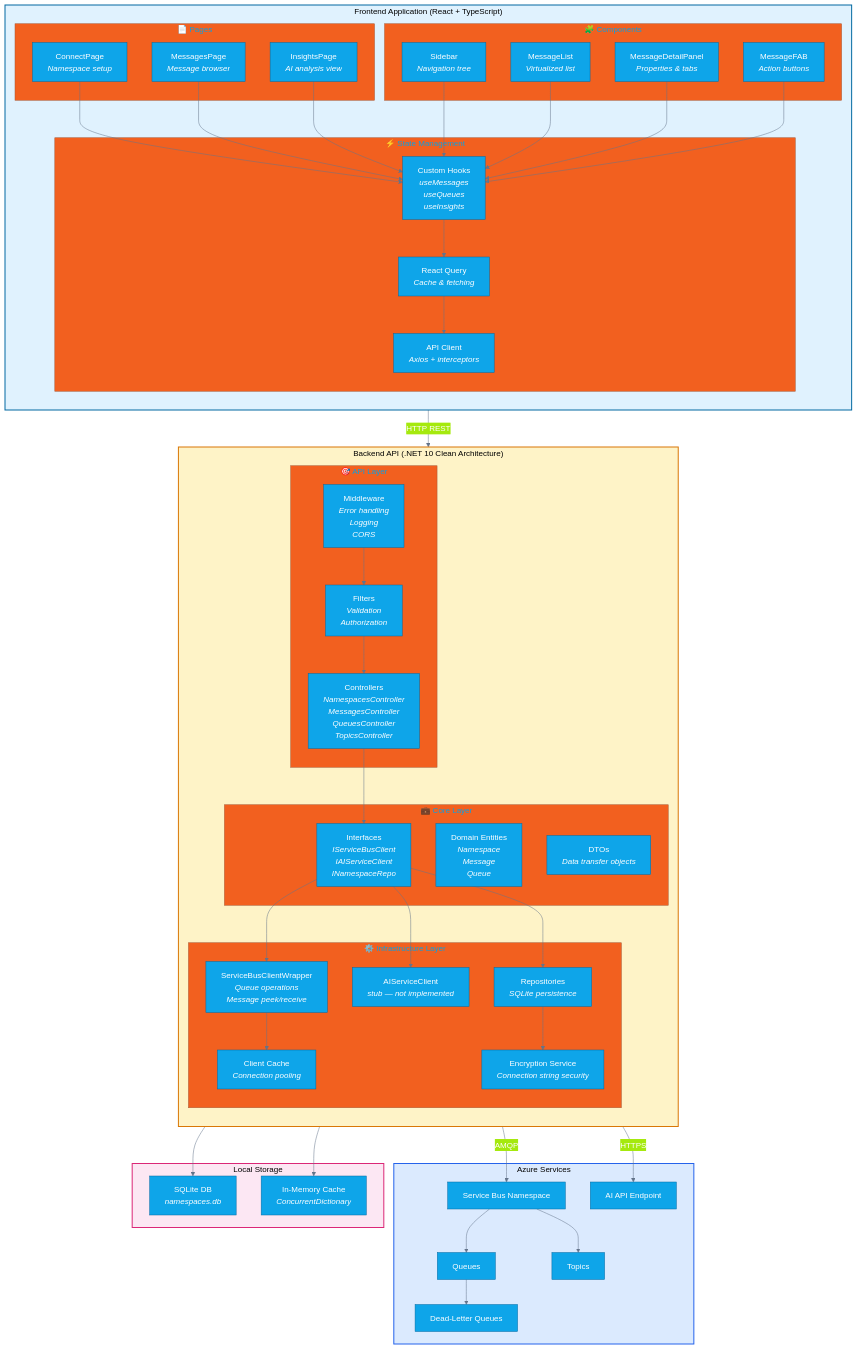
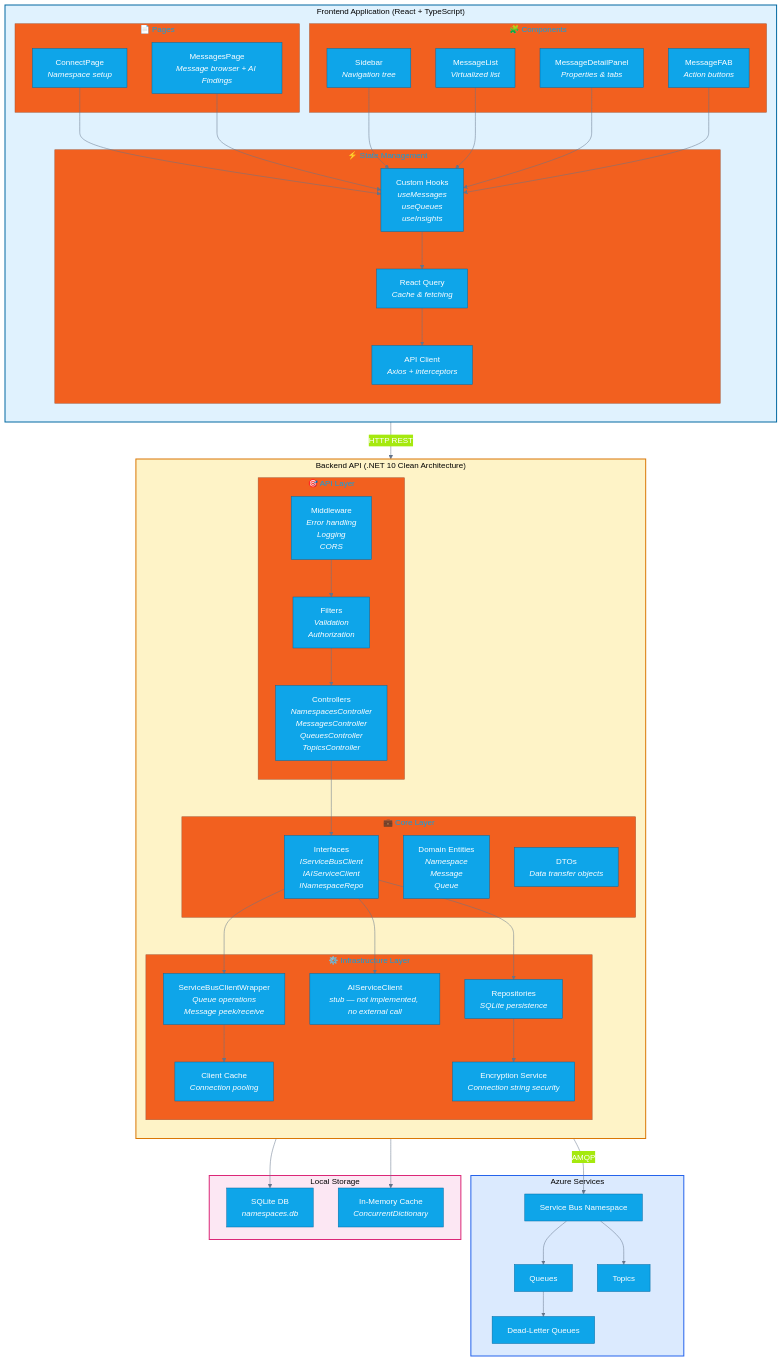
Before and after one commit to debdevops/servicehub: the second of 13 diagrams in docs/COMPREHENSIVE-GUIDE.md, drawn with Mermaid. The commit also changed other lines of this file and 24 other files, not shown here.

```diff
--- a/docs/COMPREHENSIVE-GUIDE.md
+++ b/docs/COMPREHENSIVE-GUIDE.md
@@ -127,8 +127,7 @@
         
         subgraph Pages["📄 Pages"]
             CONNECT["ConnectPage<br/><i>Namespace setup</i>"]
-            MESSAGES["MessagesPage<br/><i>Message browser</i>"]
-            INSIGHTS["InsightsPage<br/><i>AI analysis view</i>"]
+            MESSAGES["MessagesPage<br/><i>Message browser + AI Findings</i>"]
         end
         
         subgraph Components["🧩 Components"]
@@ -162,7 +161,7 @@
         
         subgraph Infra_Layer["⚙️ Infrastructure Layer"]
             SB_SERVICE["ServiceBusClientWrapper<br/><i>Queue operations<br/>Message peek/receive</i>"]
-            AI_SERVICE["AIServiceClient<br/><i>stub — not implemented</i>"]
+            AI_SERVICE["AIServiceClient<br/><i>stub — not implemented, no external call</i>"]
             REPO["Repositories<br/><i>SQLite persistence</i>"]
             CRYPTO["Encryption Service<br/><i>Connection string security</i>"]
             CACHE_SVC["Client Cache<br/><i>Connection pooling</i>"]
@@ -174,7 +173,6 @@
         ASB_Q["Queues"]
         ASB_T["Topics"]
         ASB_DLQ["Dead-Letter Queues"]
-        AI_API["AI API Endpoint"]
     end
     
     subgraph Storage["Local Storage"]
@@ -185,7 +183,6 @@
     %% Frontend Flow
     CONNECT --> HOOKS
     MESSAGES --> HOOKS
-    INSIGHTS --> HOOKS
     SIDEBAR --> HOOKS
     MSGLIST --> HOOKS
     DETAIL --> HOOKS
@@ -210,8 +207,6 @@
     ASB_NS --> ASB_T
     ASB_Q --> ASB_DLQ
     
-    AI_SERVICE -->|HTTPS| AI_API
-    
     %% Persistence
     REPO --> CRYPTO
     CRYPTO --> SQLITE
```
